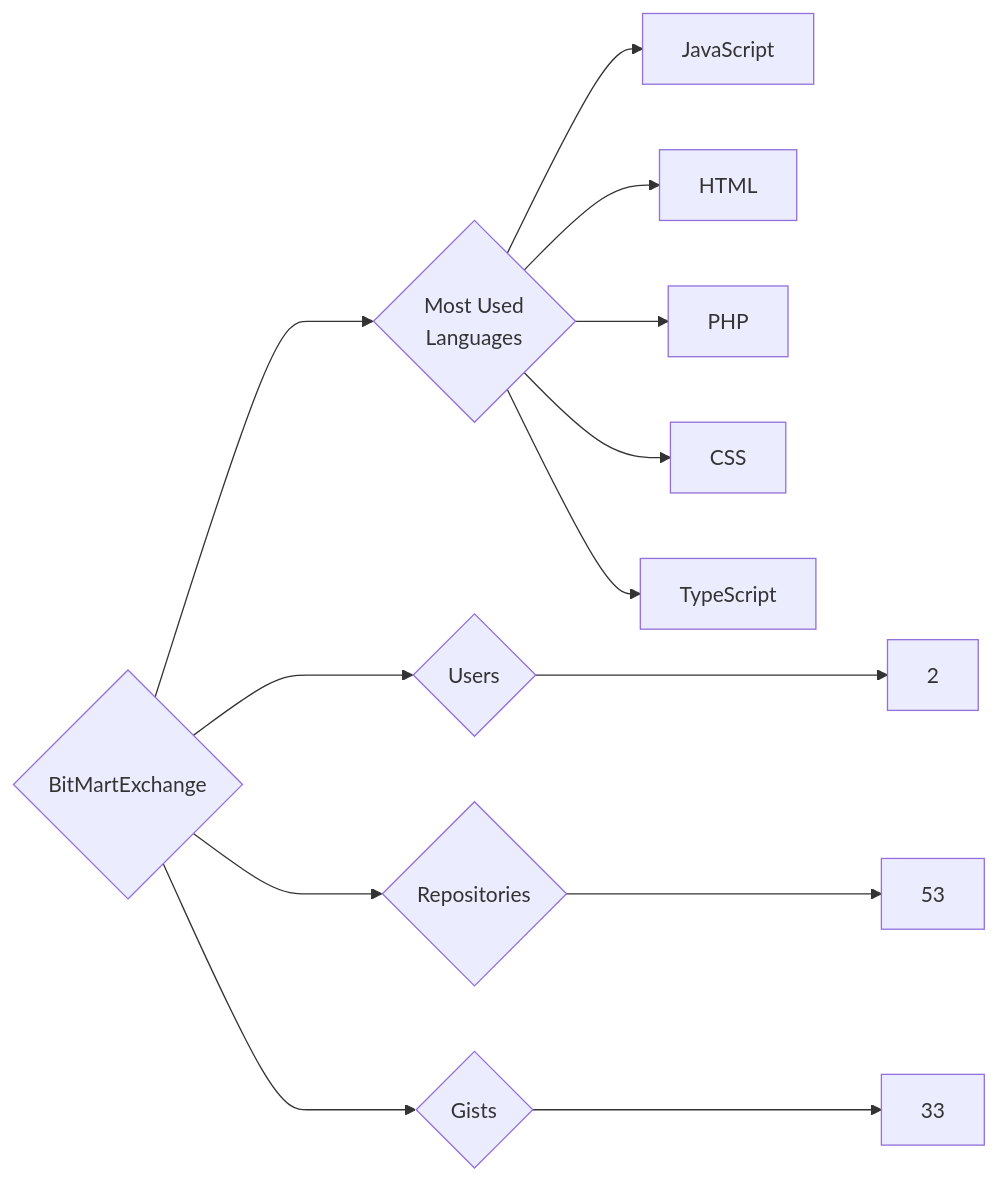
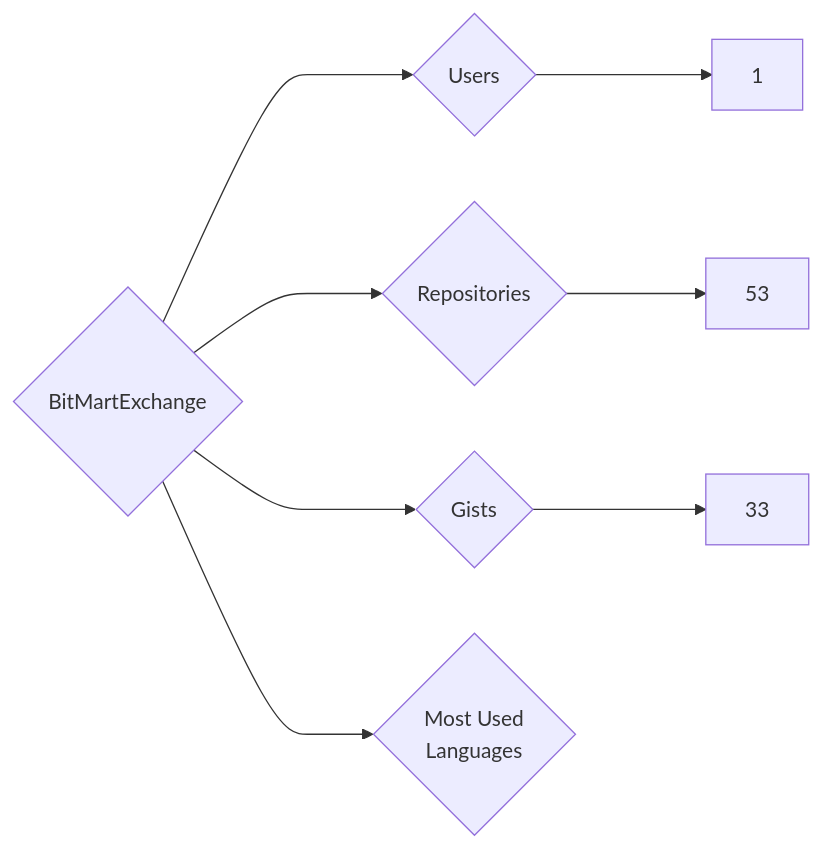
Before and after one commit to trickest/insiders: the diagram in targets/BitMartExchange/README.md, drawn with Mermaid. The commit also changed 1078 other files, not shown here.

````diff
--- a/targets/BitMartExchange/README.md
+++ b/targets/BitMartExchange/README.md
@@ -3,13 +3,8 @@
 ```mermaid
 graph LR
 COMPANY_NAME{BitMartExchange}
-COMPANY_NAME ---> U{Users} ---> UN[2]
+COMPANY_NAME ---> U{Users} ---> UN[1]
 COMPANY_NAME ---> R{Repositories} ---> RN[53]
 COMPANY_NAME ---> G{Gists} ---> GN[33]
 COMPANY_NAME ---> ML{Most Used<br>Languages}
-ML --> JavaScript[JavaScript]
-ML --> HTML[HTML]
-ML --> PHP[PHP]
-ML --> CSS[CSS]
-ML --> TypeScript[TypeScript]
 ```
````
